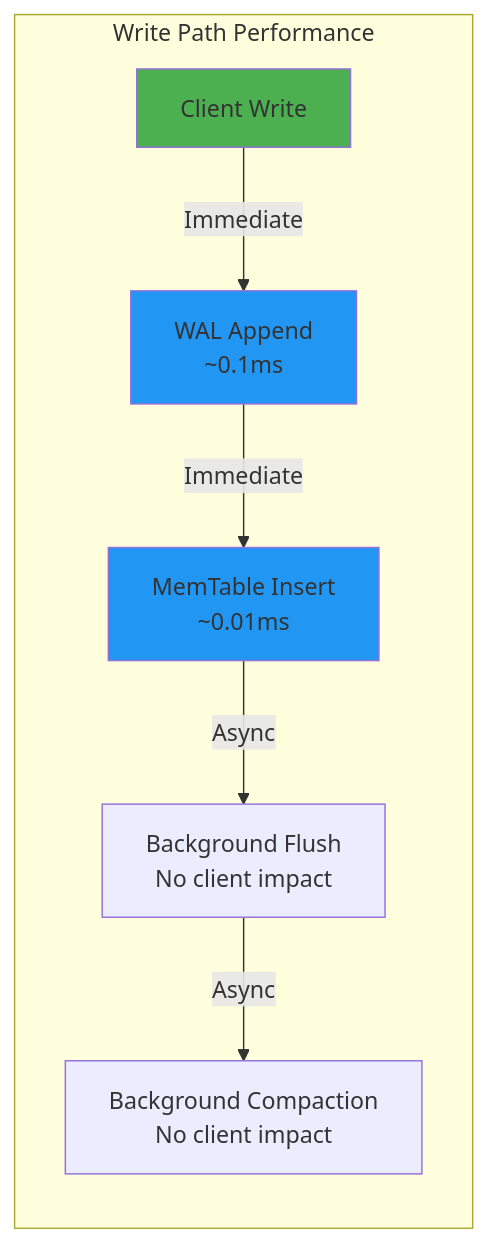
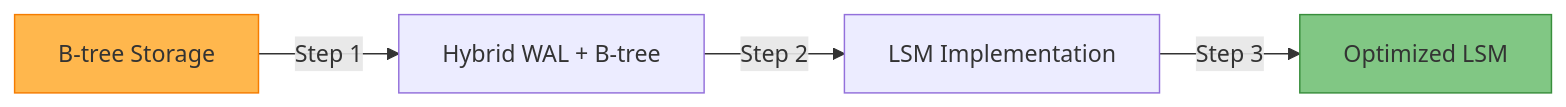
The fifth of 6 diagrams in docs/pattern-library/data-management/lsm-tree.md (deepaucksharma/DStudio), drawn with Mermaid before and after one commit. The commit also changed other lines of this file and 23 other files, not shown here.

````diff
--- a/docs/pattern-library/data-management/lsm-tree.md
+++ b/docs/pattern-library/data-management/lsm-tree.md
@@ -356,13 +307,9 @@
 ```mermaid
 graph LR
- subgraph "Write Path Performance"
- W1[Client Write] -->|Immediate| WAL[WAL Append<br/>~0.1ms]
- WAL -->|Immediate| Mem[MemTable Insert<br/>~0.01ms]
- Mem -->|Async| Flush[Background Flush<br/>No client impact]
- Flush -->|Async| Compact[Background Compaction<br/>No client impact]
- end
- 
- style W1 fill:#4CAF50
- style WAL fill:#2196F3
- style Mem fill:#2196F3
+    A[B-tree Storage] -->|Step 1| B[Hybrid WAL + B-tree]
+    B -->|Step 2| C[LSM Implementation]
+    C -->|Step 3| D[Optimized LSM]
+    
+    style A fill:#ffb74d,stroke:#f57c00
+    style D fill:#81c784,stroke:#388e3c
 ```
````
